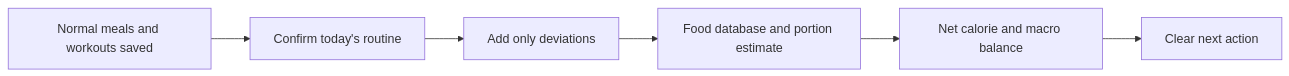
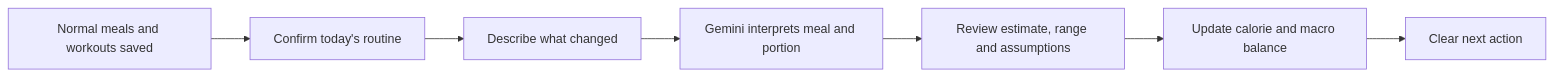
The diagram in README.md (abdullahak07/HealthApp), drawn with Mermaid before and after one commit. The commit also changed other lines of this file, not shown here.

Commit message:
Update README for native Vercel Gemini deployment

````diff
--- a/README.md
+++ b/README.md
@@ -43,8 +32,9 @@
 ```mermaid
 flowchart LR
     A[Normal meals and workouts saved] --> B[Confirm today's routine]
-    B --> C[Add only deviations]
-    C --> D[Food database and portion estimate]
-    D --> E[Net calorie and macro balance]
-    E --> F[Clear next action]
+    B --> C[Describe what changed]
+    C --> D[Gemini interprets meal and portion]
+    D --> E[Review estimate, range and assumptions]
+    E --> F[Update calorie and macro balance]
+    F --> G[Clear next action]
 ```
````
